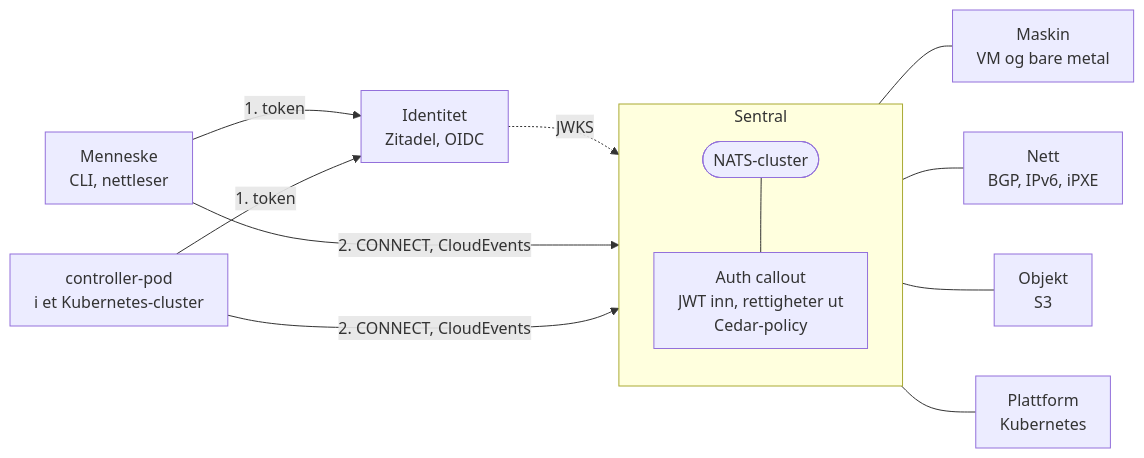
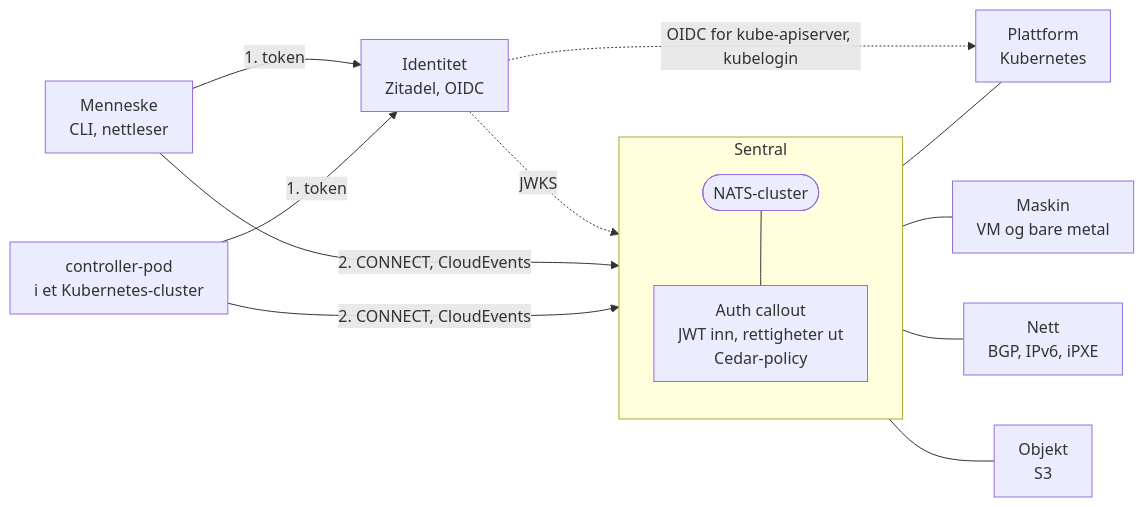
Before and after one commit to dataverket-org/org: the second of 7 diagrams in docs/arrangement/2026-10-14-containerkonferansen/foredrag.md, drawn with Mermaid. The commit also changed other lines of this file and 9 other files, not shown here.

````diff
--- a/docs/arrangement/2026-10-14-containerkonferansen/foredrag.md
+++ b/docs/arrangement/2026-10-14-containerkonferansen/foredrag.md
@@ -95,26 +181,27 @@
 ```mermaid
 %%{init: {"handDrawnSeed": 1, "fontFamily": "Helvetica, Arial, sans-serif", "flowchart": {"htmlLabels": true, "padding": 12}}}%%
 flowchart LR
   H["Menneske<br/>CLI, nettleser"]
   C["controller-pod<br/>i et Kubernetes-cluster"]
   ID["Identitet<br/>Zitadel, OIDC"]
   subgraph S["Sentral"]
     direction TB
     N([NATS-cluster])
     AC["Auth callout<br/>JWT inn, rettigheter ut<br/>Cedar-policy"]
     N --- AC
   end
   M["Maskin<br/>VM og bare metal"]
   NE["Nett<br/>BGP, IPv6, iPXE"]
   O["Objekt<br/>S3"]
   P["Plattform<br/>Kubernetes"]
   H -- "1. token" --> ID
   C -- "1. token" --> ID
   ID -. "JWKS" .-> AC
   H -- "2. CONNECT, CloudEvents" --> N
   C -- "2. CONNECT, CloudEvents" --> N
   N --- M
   N --- NE
   N --- O
   N --- P
+  ID -. "OIDC for kube-apiserver, kubelogin" .-> P
 ```
````
